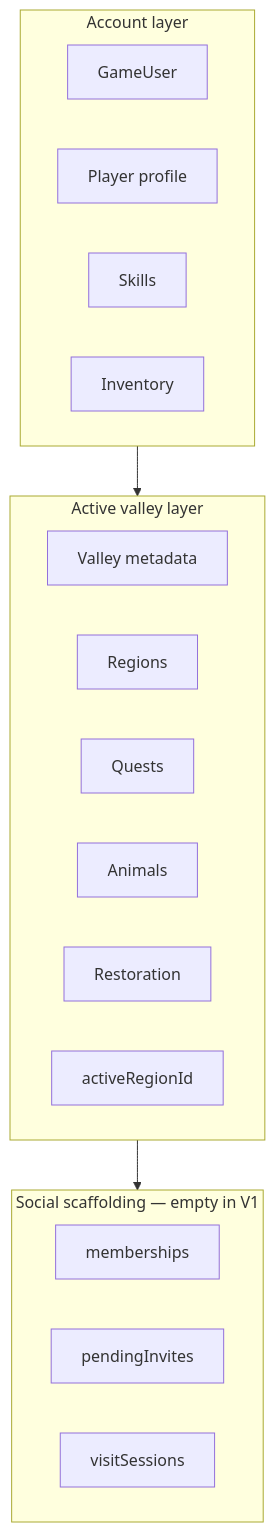
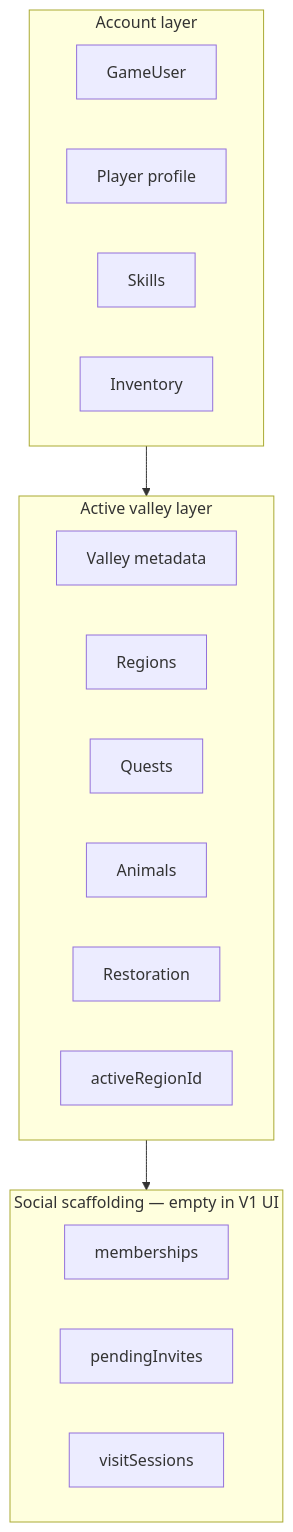
One commit to altairhvac-wq/hearthvale changed the third of 3 diagrams in ARCHITECTURE.md. Above: the diagram before and after it, drawn with Mermaid. The commit also changed other lines of this file and 2 other files, not shown here.

Commit message:
Align Hearthvale vision roadmap and architecture

````diff
--- a/ARCHITECTURE.md
+++ b/ARCHITECTURE.md
@@ -218,27 +279,27 @@
 ```mermaid
 flowchart TB
   subgraph account [Account layer]
     User[GameUser]
     Player[Player profile]
     Skills[Skills]
     Inventory[Inventory]
   end
 
   subgraph valley [Active valley layer]
     ValleyMeta[Valley metadata]
     Regions[Regions]
     Quests[Quests]
     Animals[Animals]
     Restoration[Restoration]
     ActiveRegion[activeRegionId]
   end
 
-  subgraph social [Social scaffolding — empty in V1]
+  subgraph social [Social scaffolding — empty in V1 UI]
     Memberships[memberships]
     Invites[pendingInvites]
     Visits[visitSessions]
   end
 
   account --> valley
   valley --> social
 ```
````
